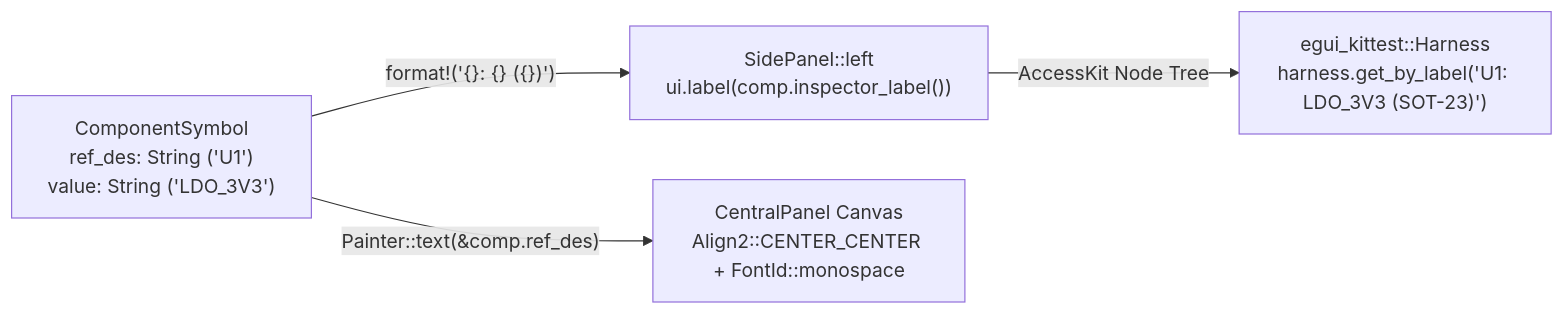
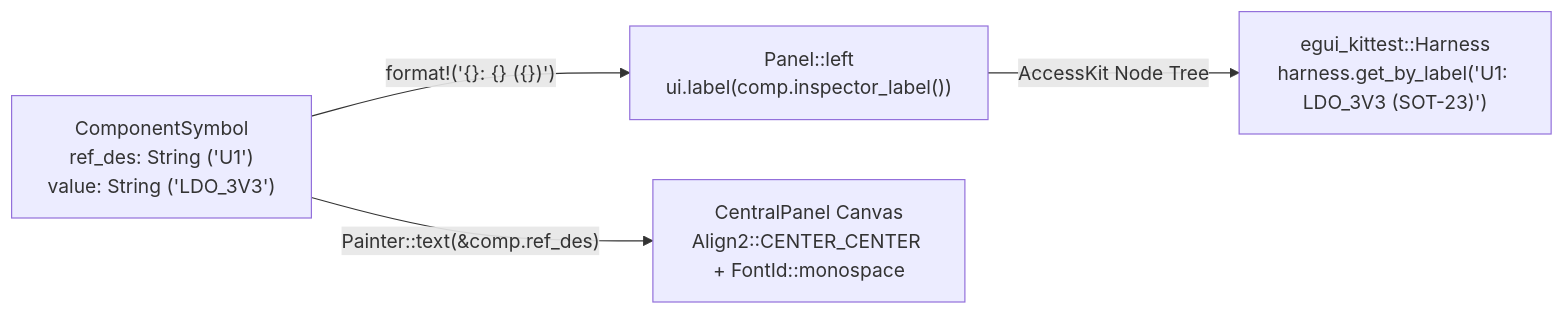
One commit to domesticmouse/learn-egui changed the diagram in lessons/0007-schematic-symbols-and-text-rendering.md. Above: the diagram before and after it, drawn with Mermaid. The commit also changed other lines of this file and 191 other files, not shown here.

````diff
--- a/lessons/0007-schematic-symbols-and-text-rendering.md
+++ b/lessons/0007-schematic-symbols-and-text-rendering.md
@@ -20,6 +20,6 @@
 ```mermaid
 flowchart LR
-    Comp["ComponentSymbol<br/>ref_des: String ('U1')<br/>value: String ('LDO_3V3')"] -->|"format!('{}: {} ({})')"| Panel["SidePanel::left<br/>ui.label(comp.inspector_label())"]
+    Comp["ComponentSymbol<br/>ref_des: String ('U1')<br/>value: String ('LDO_3V3')"] -->|"format!('{}: {} ({})')"| Panel["Panel::left<br/>ui.label(comp.inspector_label())"]
     Comp -->|"Painter::text(&comp.ref_des)"| Canvas["CentralPanel Canvas<br/>Align2::CENTER_CENTER + FontId::monospace"]
     Panel -->|"AccessKit Node Tree"| Kittest["egui_kittest::Harness<br/>harness.get_by_label('U1: LDO_3V3 (SOT-23)')"]
 ```
````
